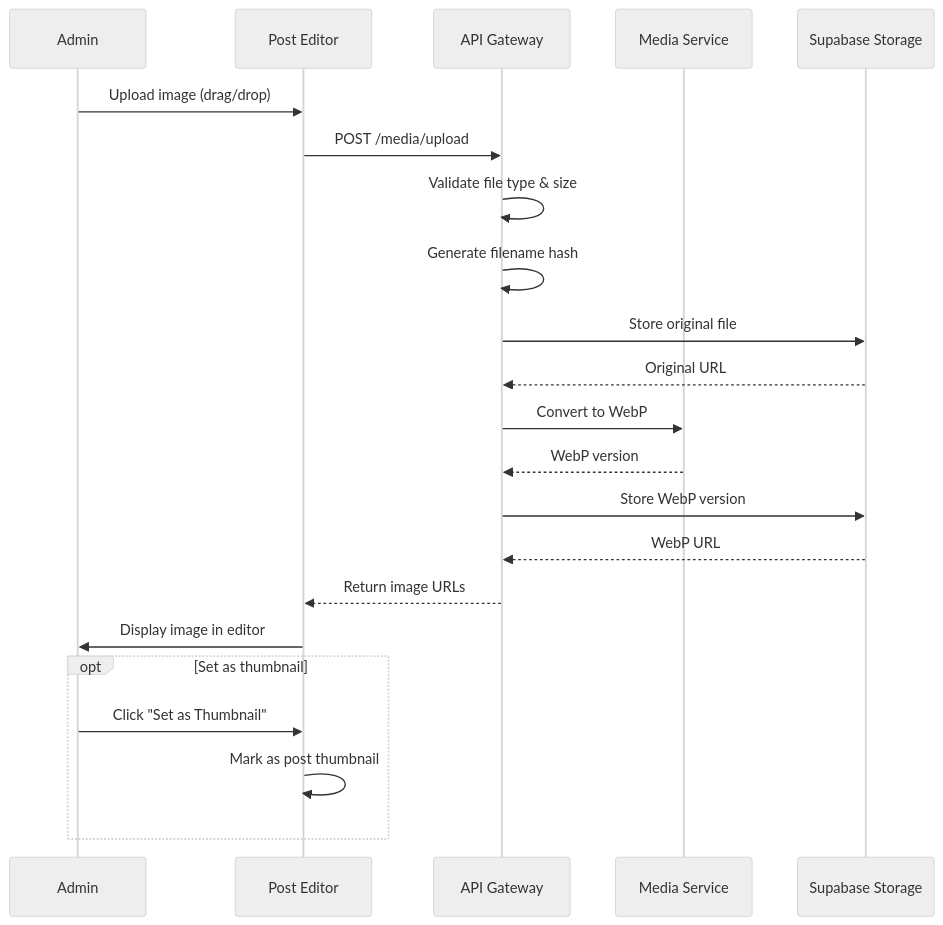
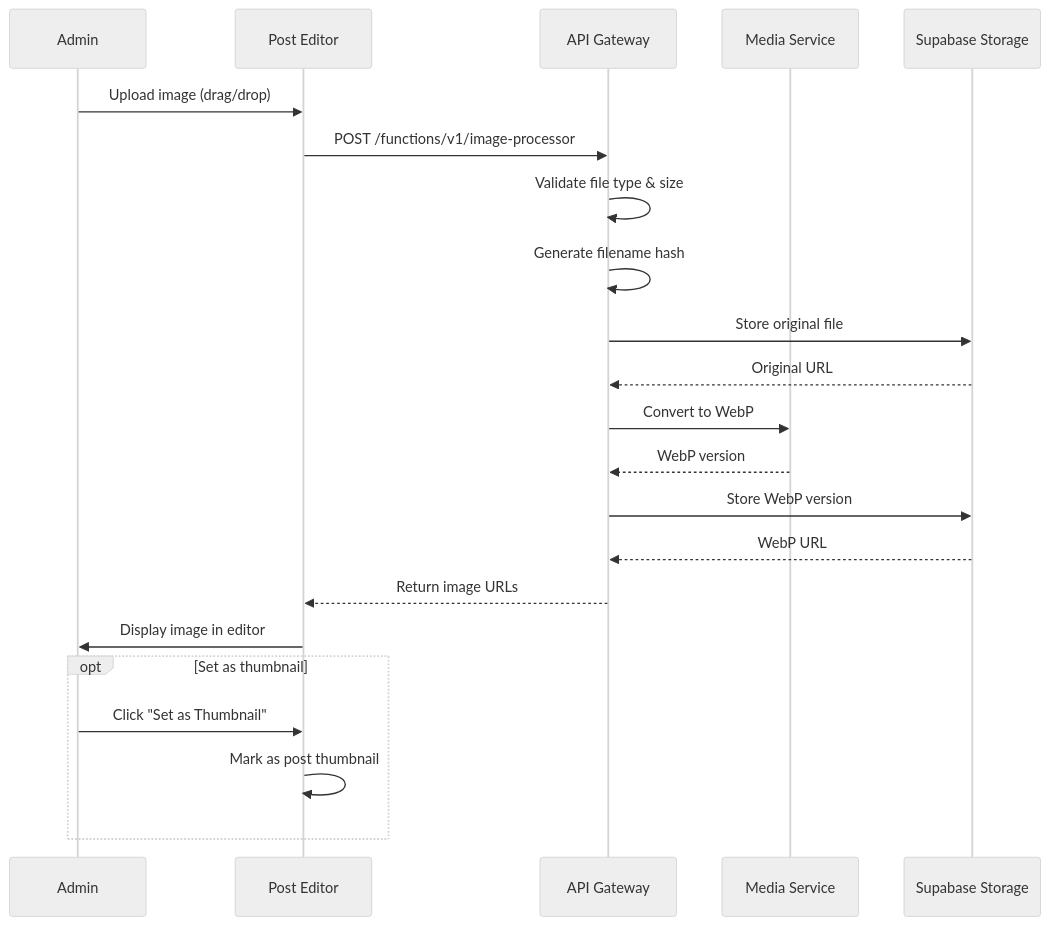
The third of 6 diagrams in prd/02-content-management.md (jkjan/nowhereland), drawn with Mermaid (neutral theme) before and after one commit. The commit also changed other lines of this file and 18 other files, not shown here.

````diff
--- a/prd/02-content-management.md
+++ b/prd/02-content-management.md
@@ -215,29 +216,29 @@
 ```mermaid
 sequenceDiagram
     participant A as Admin
     participant UI as Post Editor
     participant API as API Gateway
     participant MEDIA as Media Service
     participant STORAGE as Supabase Storage
     
     A->>UI: Upload image (drag/drop)
-    UI->>API: POST /media/upload
+    UI->>API: POST /functions/v1/image-processor
     API->>API: Validate file type & size
     API->>API: Generate filename hash
     
     API->>STORAGE: Store original file
     STORAGE-->>API: Original URL
     
     API->>MEDIA: Convert to WebP
     MEDIA-->>API: WebP version
     API->>STORAGE: Store WebP version
     STORAGE-->>API: WebP URL
     
     API-->>UI: Return image URLs
     UI->>A: Display image in editor
     
     opt Set as thumbnail
         A->>UI: Click "Set as Thumbnail"
         UI->>UI: Mark as post thumbnail
     end
 ```
````
